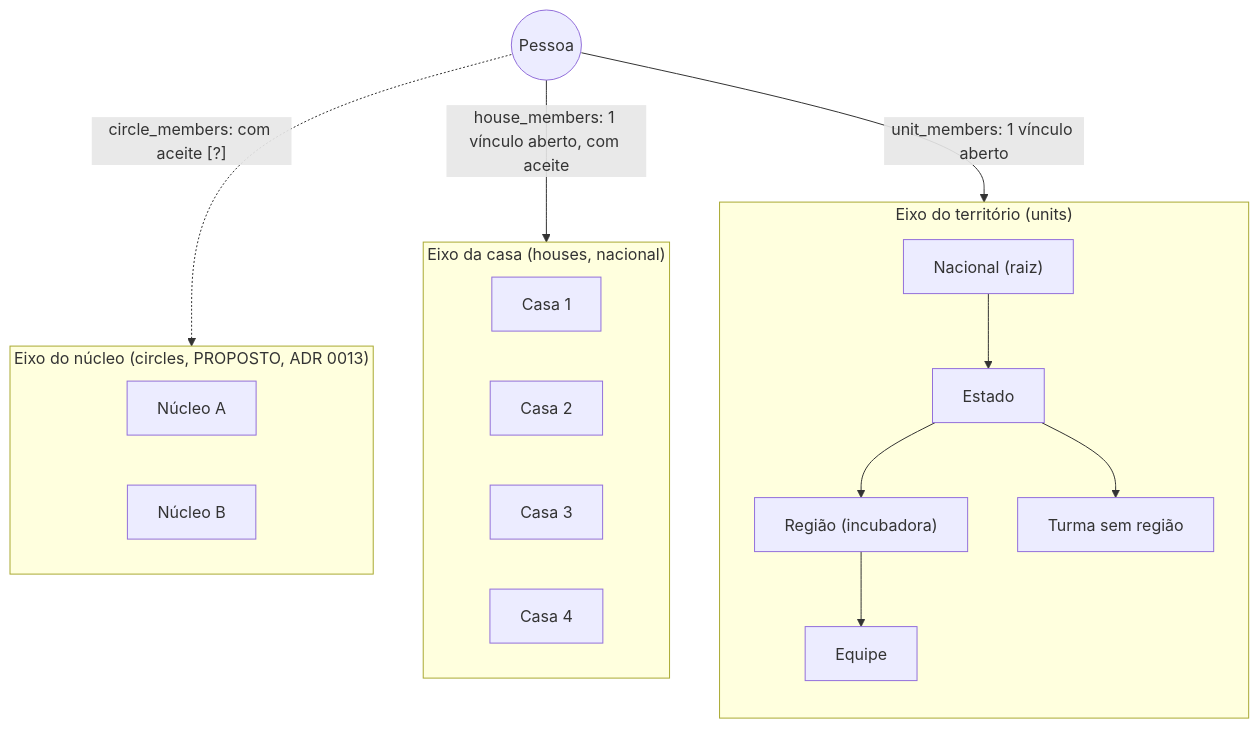
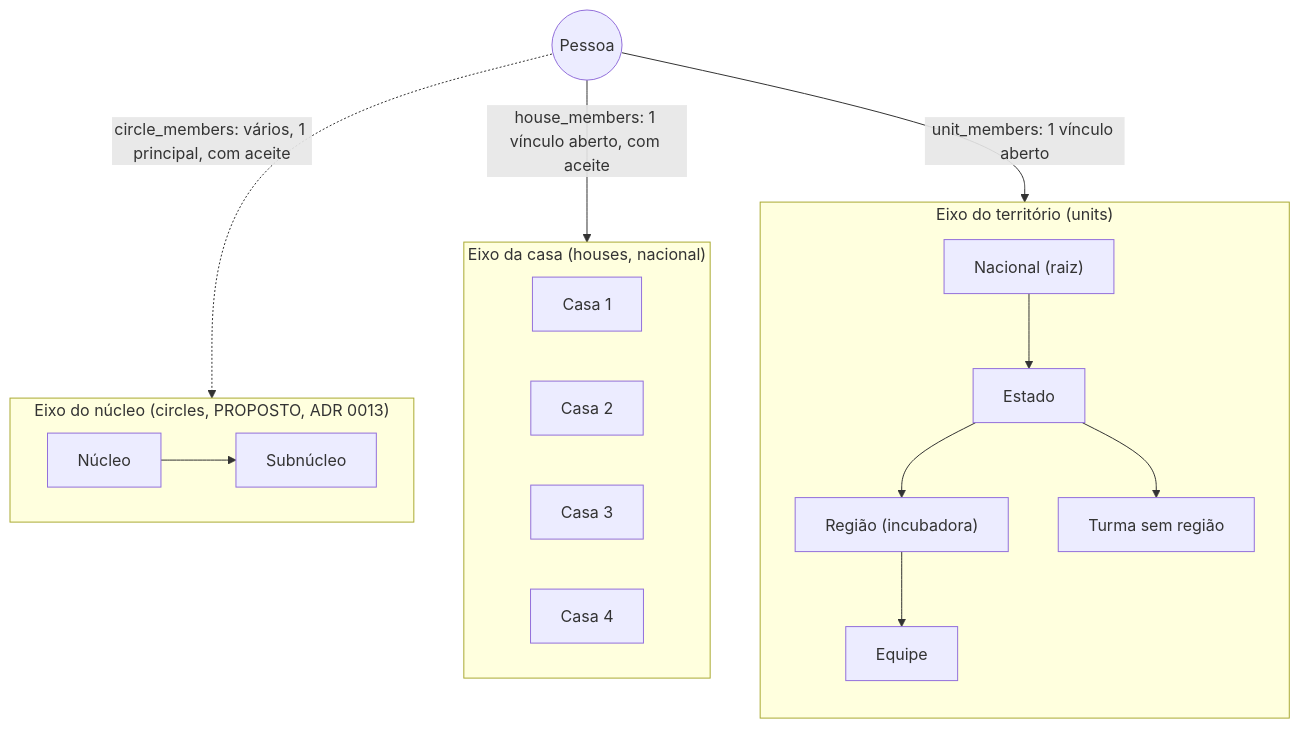
One commit to felipemaion/Complexo42 changed the first of 4 diagrams in docs/DIAGRAMAS.md. Above: the diagram before and after it, drawn with Mermaid. The commit also changed other lines of this file and 5 other files, not shown here.

````diff
--- a/docs/DIAGRAMAS.md
+++ b/docs/DIAGRAMAS.md
@@ -19,25 +19,24 @@
 ```mermaid
 flowchart TB
   subgraph T["Eixo do território (units)"]
     direction TB
     BR["Nacional (raiz)"] --> SP["Estado"]
     SP --> RG["Região (incubadora)"]
     RG --> EQ["Equipe"]
     SP --> TR["Turma sem região"]
   end
   subgraph C["Eixo da casa (houses, nacional)"]
     direction LR
     H1["Casa 1"]
     H2["Casa 2"]
     H3["Casa 3"]
     H4["Casa 4"]
   end
   subgraph N["Eixo do núcleo (circles, PROPOSTO, ADR 0013)"]
     direction LR
-    N1["Núcleo A"]
-    N2["Núcleo B"]
+    N1["Núcleo"] --> N2["Subnúcleo"]
   end
   P(("Pessoa")) -- "unit_members: 1 vínculo aberto" --> EQ
   P -- "house_members: 1 vínculo aberto, com aceite" --> H1
-  P -. "circle_members: com aceite [?]" .-> N1
+  P -. "circle_members: vários, 1 principal, com aceite" .-> N2
 ```
````
